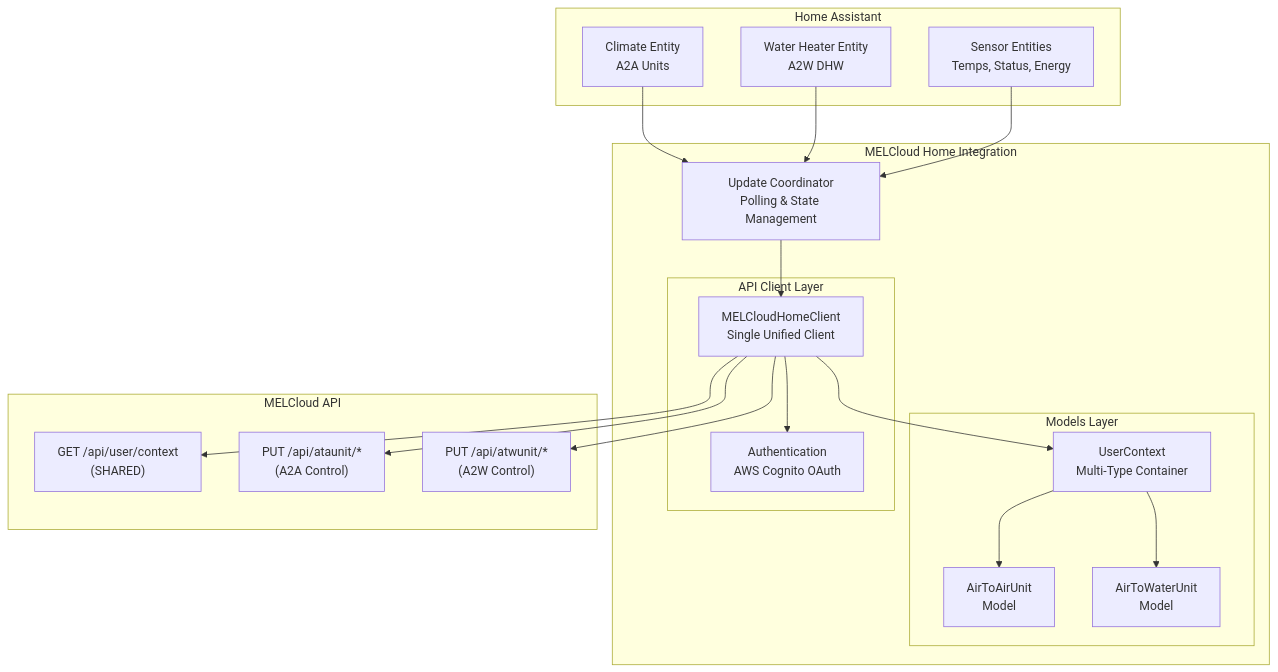
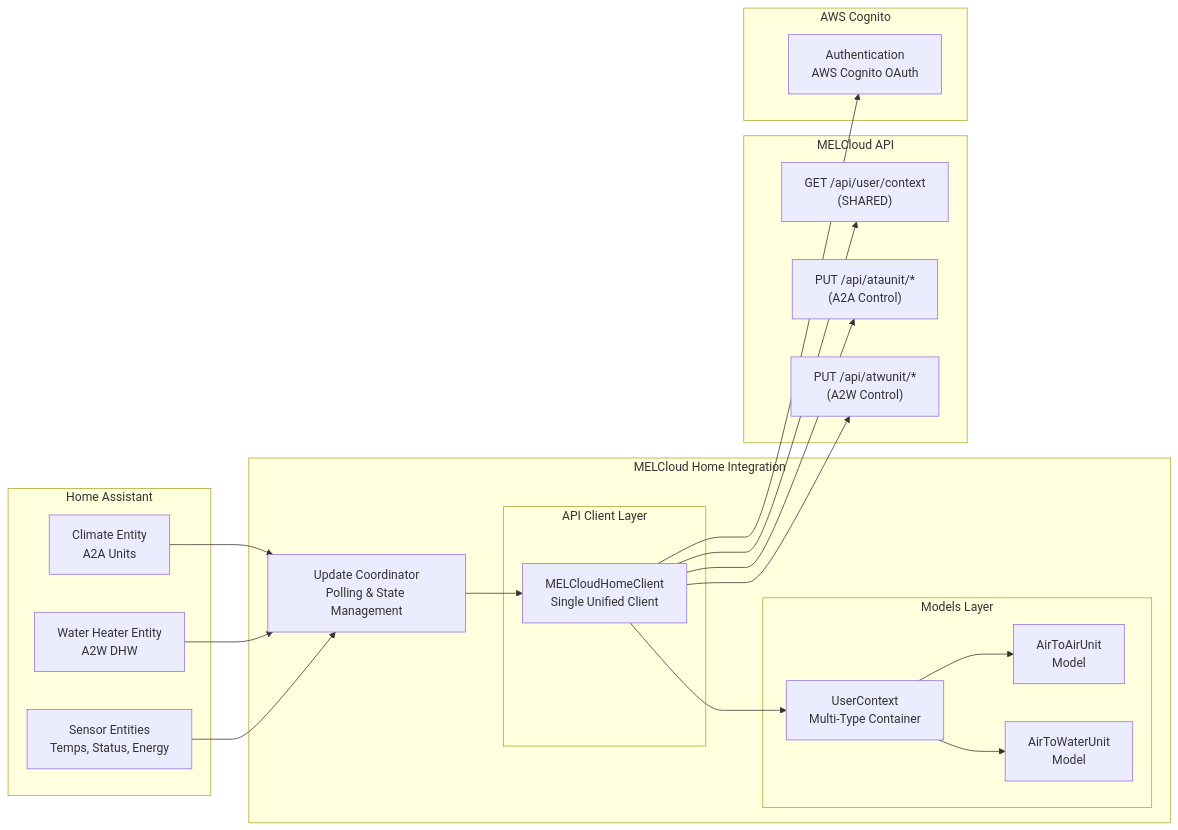
Before and after one commit to andrew-blake/melcloudhome: the first of 4 diagrams in docs/architecture.md, drawn with Mermaid.

Commit message:
chore: simplify architecture.md

````diff
--- a/docs/architecture.md
+++ b/docs/architecture.md
@@ -24,43 +24,45 @@
 ```mermaid
-graph TB
+graph LR
     subgraph "Home Assistant"
         Climate[Climate Entity<br/>A2A Units]
         WaterHeater[Water Heater Entity<br/>A2W DHW]
         Sensors[Sensor Entities<br/>Temps, Status, Energy]
     end
 
     subgraph "MELCloud Home Integration"
         Coordinator[Update Coordinator<br/>Polling & State Management]
 
         subgraph "Models Layer"
             A2AModel[AirToAirUnit<br/>Model]
             A2WModel[AirToWaterUnit<br/>Model]
             Context[UserContext<br/>Multi-Type Container]
         end
         subgraph "API Client Layer"
             Client[MELCloudHomeClient<br/>Single Unified Client]
-            Auth[Authentication<br/>AWS Cognito OAuth]
         end
+
     end
-
     subgraph "MELCloud API"
         UserContextAPI["GET /api/user/context<br/>(SHARED)"]
         A2AAPI["PUT /api/ataunit/*<br/>(A2A Control)"]
         A2WAPI["PUT /api/atwunit/*<br/>(A2W Control)"]
+    end
+    subgraph "AWS Cognito"
+        Auth[Authentication<br/>AWS Cognito OAuth]
     end
 
     Climate --> Coordinator
     WaterHeater --> Coordinator
     Sensors --> Coordinator
 
     Coordinator --> Client
     Client --> Auth
     Client --> Context
 
     Context --> A2AModel
     Context --> A2WModel
 
     Client --> UserContextAPI
     Client --> A2AAPI
     Client --> A2WAPI
 ```
````
